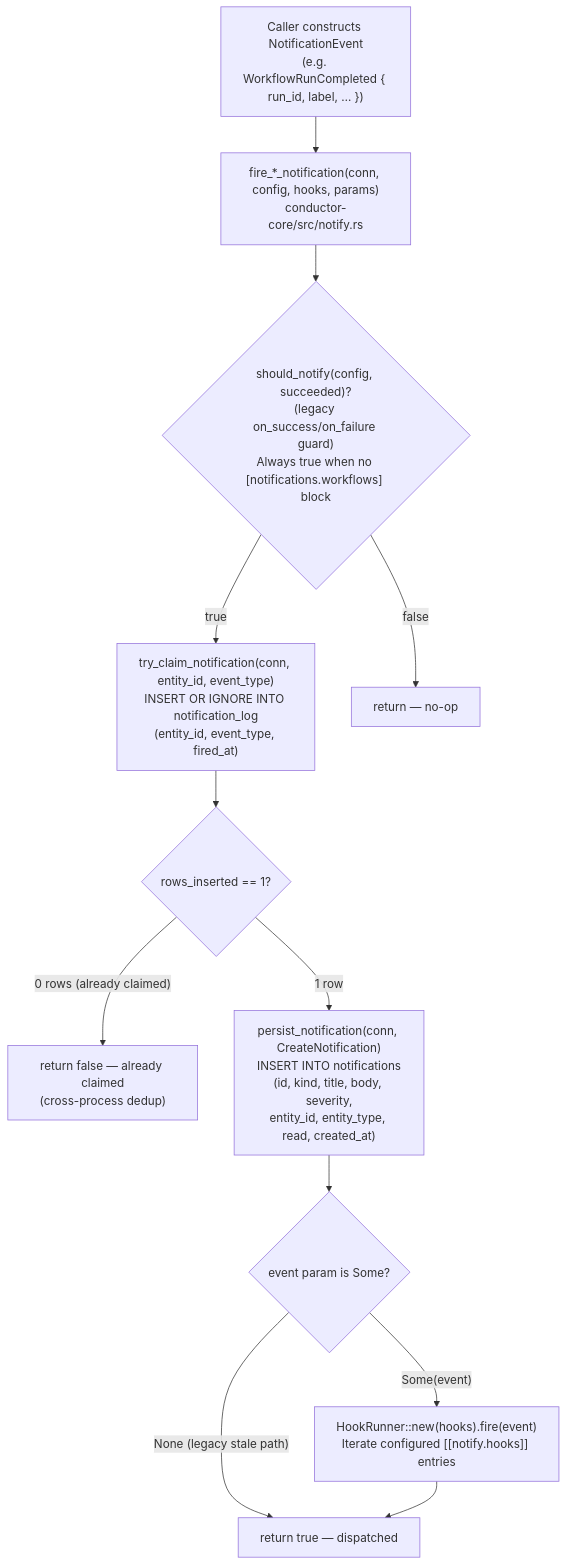
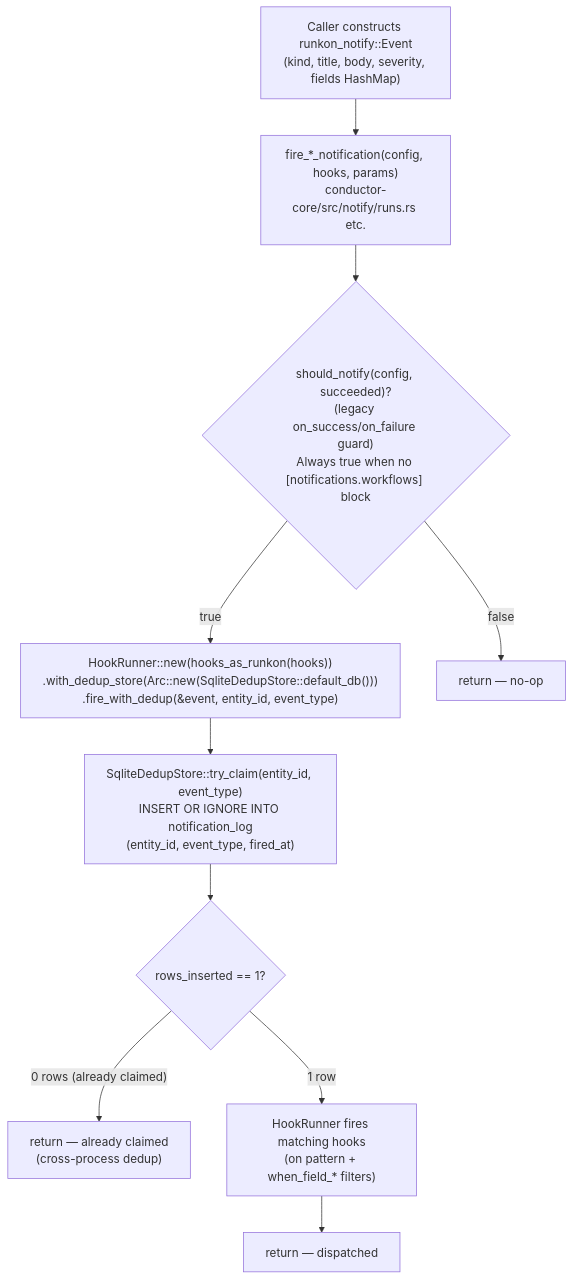
Before and after one commit to devinrosen/conductor-ai: the third of 6 diagrams in docs/notification-hooks.md, drawn with Mermaid. The commit also changed other lines of this file and 35 other files, not shown here.

````diff
--- a/docs/notification-hooks.md
+++ b/docs/notification-hooks.md
@@ -94,25 +94,22 @@
 ```mermaid
 flowchart TD
-    A["Caller constructs NotificationEvent\n(e.g. WorkflowRunCompleted { run_id, label, … })"]
-    B["fire_*_notification(conn, config, hooks, params)\nconductor-core/src/notify.rs"]
+    A["Caller constructs runkon_notify::Event\n(kind, title, body, severity, fields HashMap)"]
+    B["fire_*_notification(config, hooks, params)\nconductor-core/src/notify/runs.rs etc."]
     C{"should_notify(config, succeeded)?\n(legacy on_success/on_failure guard)\nAlways true when no [notifications.workflows] block"}
-    D["try_claim_notification(conn, entity_id, event_type)\nINSERT OR IGNORE INTO notification_log\n(entity_id, event_type, fired_at)"]
-    E{"rows_inserted == 1?"}
-    F["return false — already claimed\n(cross-process dedup)"]
-    G["persist_notification(conn, CreateNotification)\nINSERT INTO notifications\n(id, kind, title, body, severity,\nentity_id, entity_type, read, created_at)"]
-    H{"event param is Some?"}
-    I["HookRunner::new(hooks).fire(event)\nIterate configured [[notify.hooks]] entries"]
-    J["return true — dispatched"]
+    D["HookRunner::new(hooks_as_runkon(hooks))\n.with_dedup_store(Arc::new(SqliteDedupStore::default_db()))\n.fire_with_dedup(&event, entity_id, event_type)"]
+    E["SqliteDedupStore::try_claim(entity_id, event_type)\nINSERT OR IGNORE INTO notification_log\n(entity_id, event_type, fired_at)"]
+    F{"rows_inserted == 1?"}
+    G["return — already claimed\n(cross-process dedup)"]
+    H["HookRunner fires matching hooks\n(on pattern + when_field_* filters)"]
+    I["return — dispatched"]
 
     A --> B
     B --> C
     C -->|"false"| SKIP["return — no-op"]
     C -->|"true"| D
     D --> E
-    E -->|"0 rows (already claimed)"| F
-    E -->|"1 row"| G
-    G --> H
-    H -->|"None (legacy stale path)"| J
-    H -->|"Some(event)"| I
-    I --> J
+    E --> F
+    F -->|"0 rows (already claimed)"| G
+    F -->|"1 row"| H
+    H --> I
 ```
````
